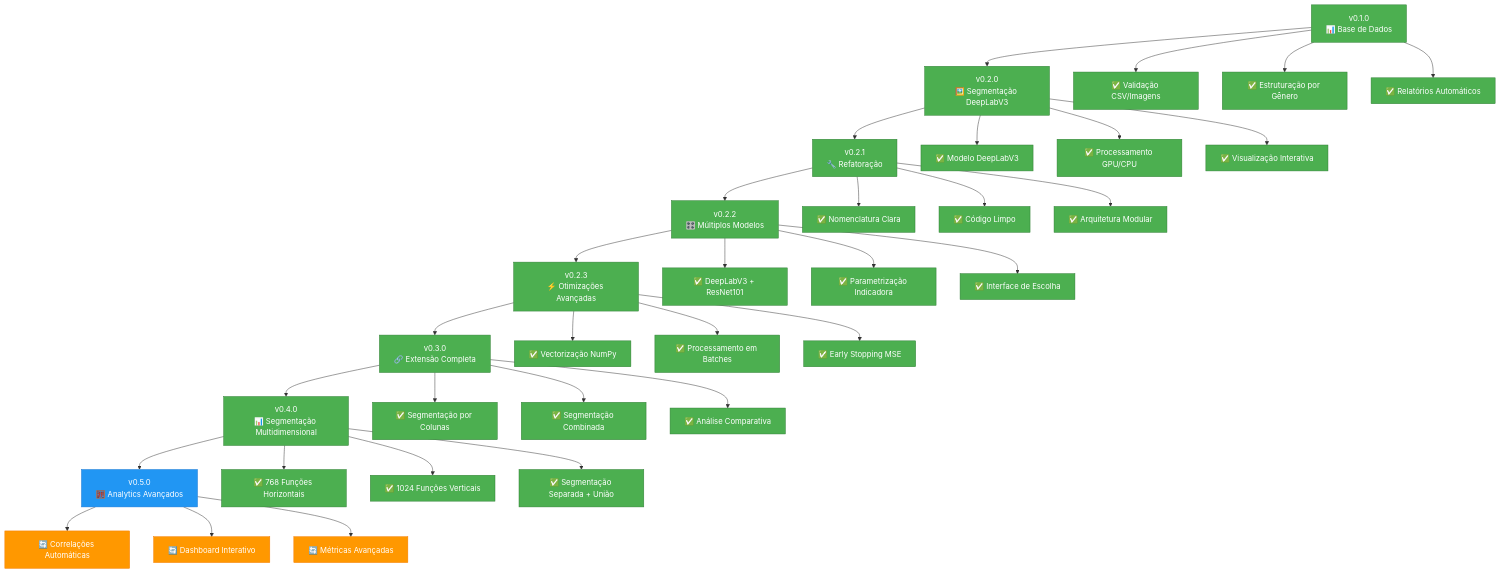
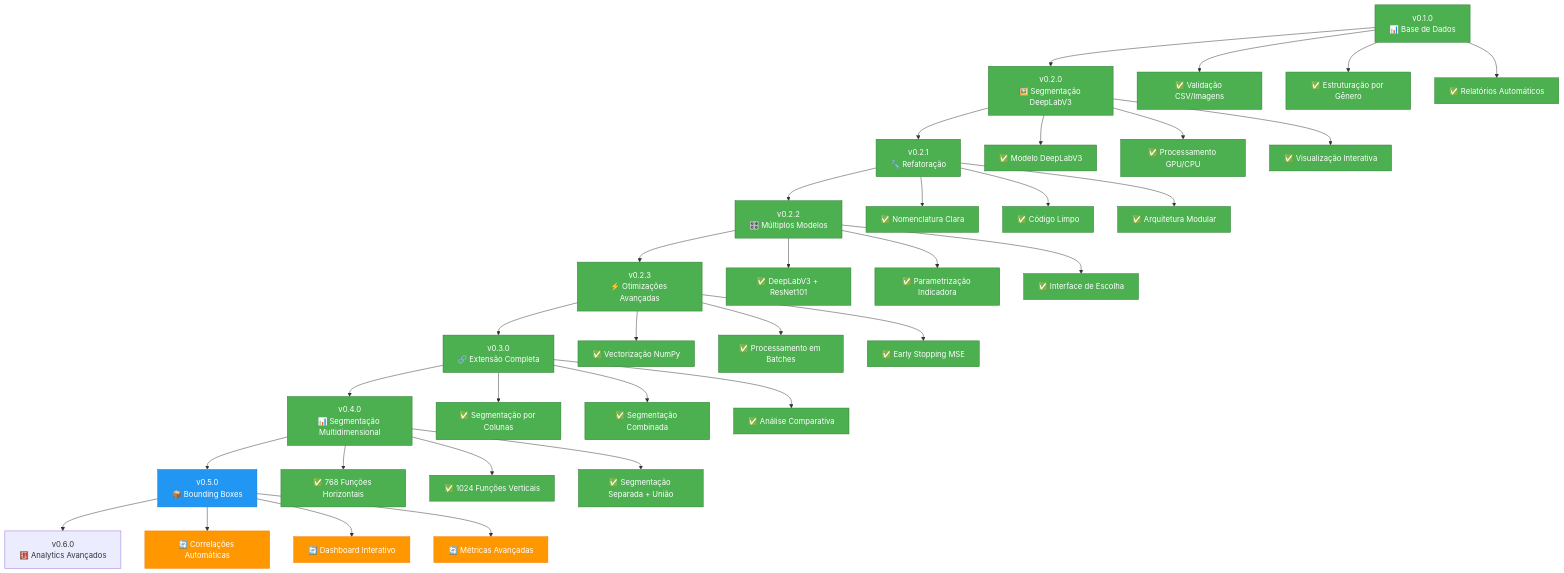
The first of 12 diagrams in README.md (danilorigitano/DesafioInovia-dev), drawn with Mermaid before and after one commit. The commit also changed other lines of this file and 5 other files, not shown here.

````diff
--- a/README.md
+++ b/README.md
@@ -23,50 +24,51 @@
 ```mermaid
 graph TD
     A["v0.1.0<br/>📊 Base de Dados"] --> B["v0.2.0<br/>🖼️ Segmentação DeepLabV3"]
     B --> C["v0.2.1<br/>🔧 Refatoração"]
     C --> D["v0.2.2<br/>🎛️ Múltiplos Modelos"]
     D --> E["v0.2.3<br/>⚡ Otimizações Avançadas"]
     E --> F["v0.3.0<br/>🔗 Extensão Completa"]
     F --> G["v0.4.0<br/>📊 Segmentação Multidimensional"]
-    G --> H["v0.5.0<br/>🧮 Analytics Avançados"]
+    G --> H["v0.5.0<br/>📦 Bounding Boxes"]
+    H --> I["v0.6.0<br/>🧮 Analytics Avançados"]
     
     A --> A1["✅ Validação CSV/Imagens"]
     A --> A2["✅ Estruturação por Gênero"]
     A --> A3["✅ Relatórios Automáticos"]
     
     B --> B1["✅ Modelo DeepLabV3"]
     B --> B2["✅ Processamento GPU/CPU"]
     B --> B3["✅ Visualização Interativa"]
     
     C --> C1["✅ Nomenclatura Clara"]
     C --> C2["✅ Código Limpo"]
     C --> C3["✅ Arquitetura Modular"]
     
     D --> D1["✅ DeepLabV3 + ResNet101"]
     D --> D2["✅ Parametrização Indicadora"]
     D --> D3["✅ Interface de Escolha"]
     
     E --> E1["✅ Vectorização NumPy"]
     E --> E2["✅ Processamento em Batches"]
     E --> E3["✅ Early Stopping MSE"]
     
     F --> F1["✅ Segmentação por Colunas"]
     F --> F2["✅ Segmentação Combinada"]
     F --> F3["✅ Análise Comparativa"]
     
     G --> G1["✅ 768 Funções Horizontais"]
     G --> G2["✅ 1024 Funções Verticais"]
     G --> G3["✅ Segmentação Separada + União"]
     
     H --> H1["🔄 Correlações Automáticas"]
     H --> H2["🔄 Dashboard Interativo"]
     H --> H3["🔄 Métricas Avançadas"]
     
     classDef implemented fill:#4CAF50,stroke:#2E7D32,color:#fff
     classDef current fill:#2196F3,stroke:#1976D2,color:#fff
     classDef future fill:#FF9800,stroke:#F57C00,color:#fff
     
     class A,B,C,D,E,F,G,A1,A2,A3,B1,B2,B3,C1,C2,C3,D1,D2,D3,E1,E2,E3,F1,F2,F3,G1,G2,G3 implemented
     class H current
     class H1,H2,H3 future
 ```
````
